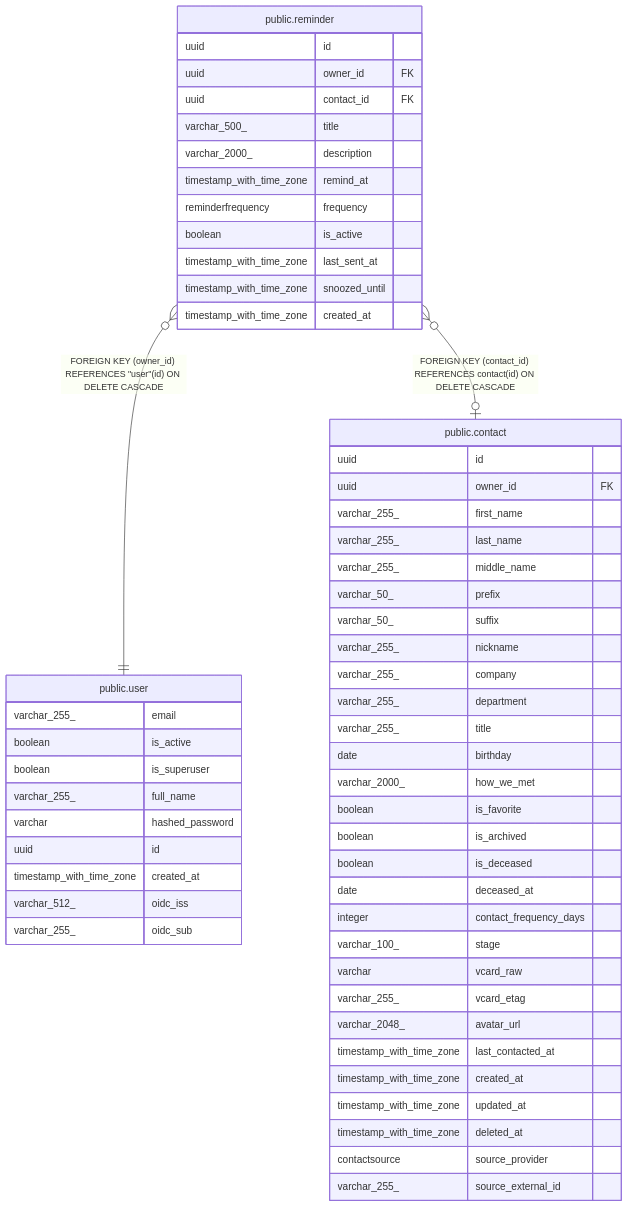
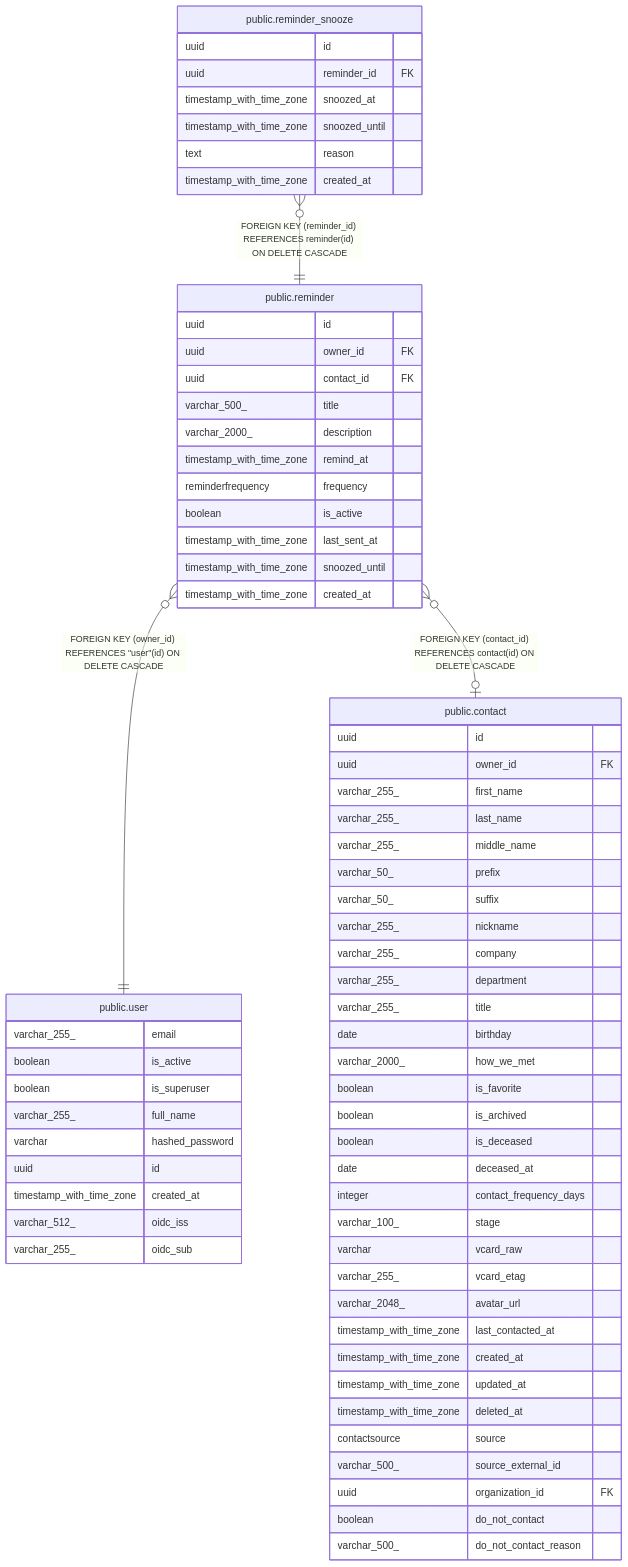
The diagram in docs/db/public.reminder.md (pike00/Kindred), drawn with Mermaid before and after one commit. The commit also changed other lines of this file and 90 other files, not shown here.

````diff
--- a/docs/db/public.reminder.md
+++ b/docs/db/public.reminder.md
@@ -50,61 +50,73 @@
 ```mermaid
 erDiagram
 
+"public.reminder_snooze" }o--|| "public.reminder" : "FOREIGN KEY (reminder_id) REFERENCES reminder(id) ON DELETE CASCADE"
 "public.reminder" }o--|| "public.user" : "FOREIGN KEY (owner_id) REFERENCES #quot;user#quot;(id) ON DELETE CASCADE"
 "public.reminder" }o--o| "public.contact" : "FOREIGN KEY (contact_id) REFERENCES contact(id) ON DELETE CASCADE"
 
 "public.reminder" {
   uuid id
   uuid owner_id FK
   uuid contact_id FK
   varchar_500_ title
   varchar_2000_ description
   timestamp_with_time_zone remind_at
   reminderfrequency frequency
   boolean is_active
   timestamp_with_time_zone last_sent_at
   timestamp_with_time_zone snoozed_until
+  timestamp_with_time_zone created_at
+}
+"public.reminder_snooze" {
+  uuid id
+  uuid reminder_id FK
+  timestamp_with_time_zone snoozed_at
+  timestamp_with_time_zone snoozed_until
+  text reason
   timestamp_with_time_zone created_at
 }
 "public.user" {
   varchar_255_ email
   boolean is_active
   boolean is_superuser
   varchar_255_ full_name
   varchar hashed_password
   uuid id
   timestamp_with_time_zone created_at
   varchar_512_ oidc_iss
   varchar_255_ oidc_sub
 }
 "public.contact" {
   uuid id
   uuid owner_id FK
   varchar_255_ first_name
   varchar_255_ last_name
   varchar_255_ middle_name
   varchar_50_ prefix
   varchar_50_ suffix
   varchar_255_ nickname
   varchar_255_ company
   varchar_255_ department
   varchar_255_ title
   date birthday
   varchar_2000_ how_we_met
   boolean is_favorite
   boolean is_archived
   boolean is_deceased
   date deceased_at
   integer contact_frequency_days
   varchar_100_ stage
   varchar vcard_raw
   varchar_255_ vcard_etag
   varchar_2048_ avatar_url
   timestamp_with_time_zone last_contacted_at
   timestamp_with_time_zone created_at
   timestamp_with_time_zone updated_at
   timestamp_with_time_zone deleted_at
-  contactsource source_provider
-  varchar_255_ source_external_id
+  contactsource source
+  varchar_500_ source_external_id
+  uuid organization_id FK
+  boolean do_not_contact
+  varchar_500_ do_not_contact_reason
 }
 ```
````
